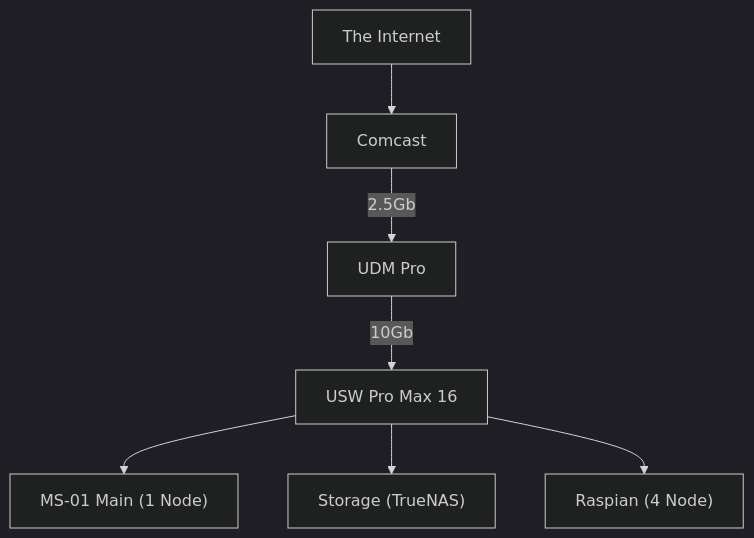
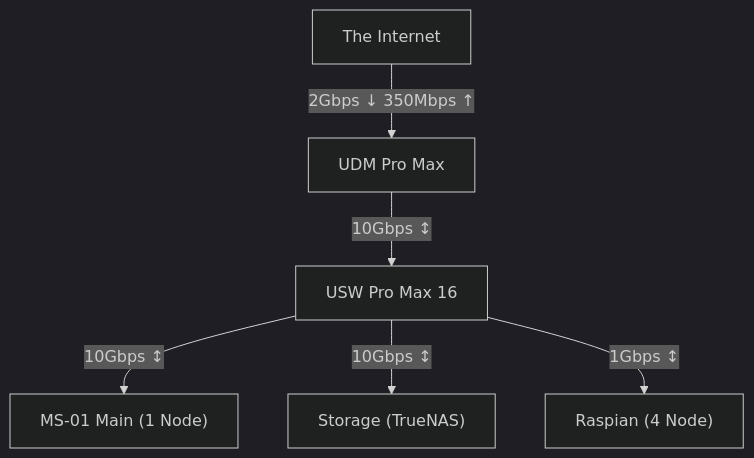
One commit to kashalls/home-cluster changed the diagram in README.md. Above: the diagram before and after it, drawn with Mermaid (dark theme).

Commit message:
chore(readme): update network section

````diff
--- a/README.md
+++ b/README.md
@@ -67,9 +67,8 @@
 ```mermaid
 flowchart TD
-    A["The Internet"] --> B["Comcast"];
-    B -- 2.5Gb --> C["UDM Pro"];
-    C -- 10Gb --> D["USW Pro Max 16"]
-    D --> E["MS-01 Main (1 Node)"]
-    D --> F["Storage (TrueNAS)"]
-    D --> G["Raspian (4 Node)"]
+    A["The Internet"] -- 2Gbps ↓ 350Mbps  ↑ --> B["UDM Pro Max"];
+    B -- 10Gbps ↕ --> C["USW Pro Max 16"]
+    C -- 10Gbps ↕ --> D["MS-01 Main (1 Node)"]
+    C -- 10Gbps ↕ --> E["Storage (TrueNAS)"]
+    C -- 1Gbps ↕ --> F["Raspian (4 Node)"]
 ```
````
